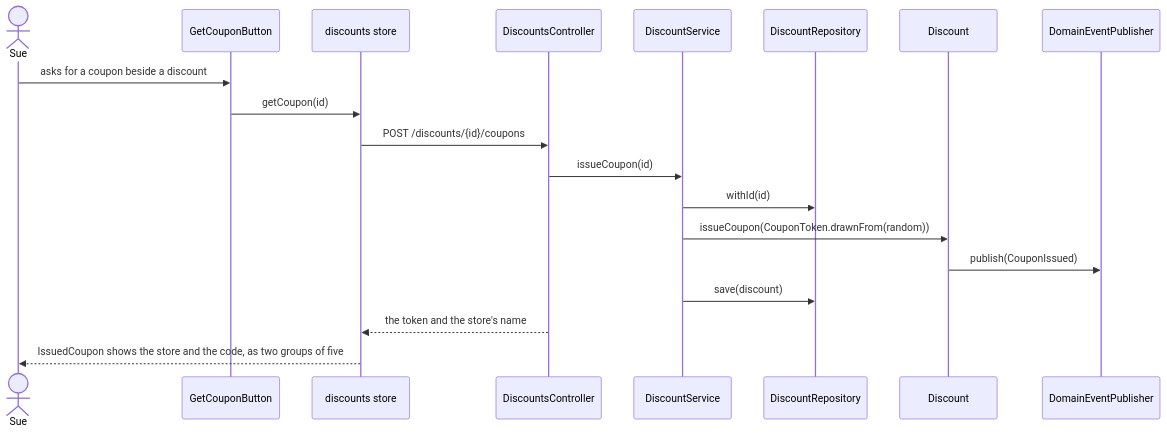
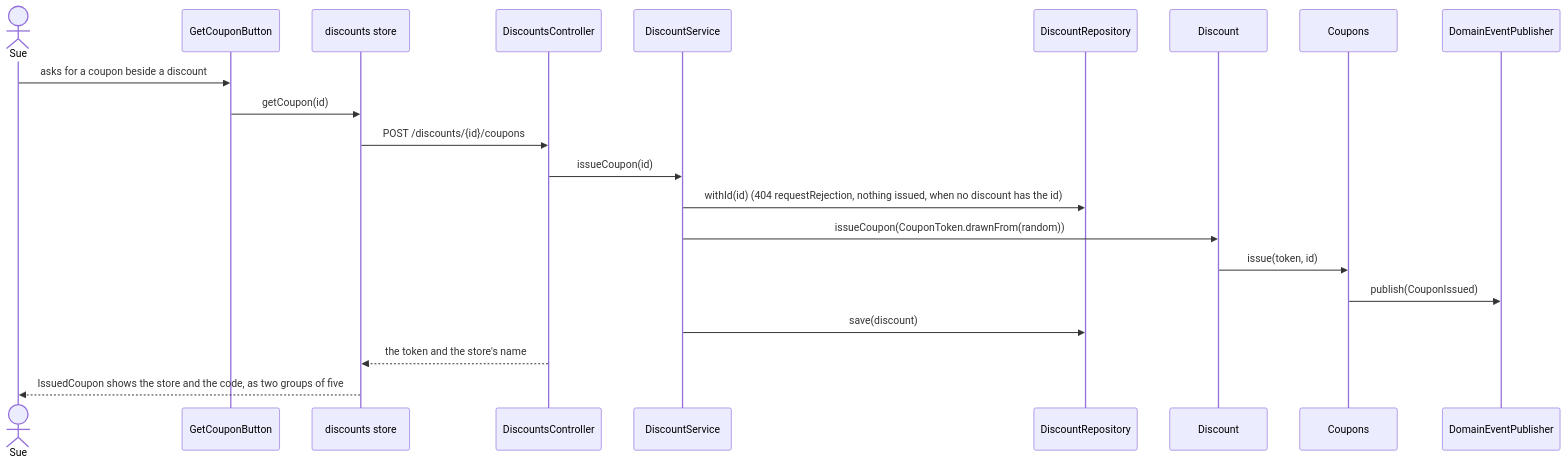
The fifth of 8 diagrams in docs/architecture.md (nstraub/discounts), drawn with Mermaid before and after one commit. The commit also changed other lines of this file, not shown here.

Commit message:
docs: update the architecture for pieces left out, the 404s and entity-raised events

````diff
--- a/docs/architecture.md
+++ b/docs/architecture.md
@@ -243,22 +276,24 @@
 ```mermaid
 sequenceDiagram
   actor Sue
   participant Button as GetCouponButton
   participant Store as discounts store
   participant Controller as DiscountsController
   participant Service as DiscountService
   participant Repository as DiscountRepository
   participant Discount
+  participant Coupons
   participant Events as DomainEventPublisher
 
   Sue->>Button: asks for a coupon beside a discount
   Button->>Store: getCoupon(id)
   Store->>Controller: POST /discounts/{id}/coupons
   Controller->>Service: issueCoupon(id)
-  Service->>Repository: withId(id)
+  Service->>Repository: withId(id) (404 requestRejection, nothing issued, when no discount has the id)
   Service->>Discount: issueCoupon(CouponToken.drawnFrom(random))
-  Discount->>Events: publish(CouponIssued)
+  Discount->>Coupons: issue(token, id)
+  Coupons->>Events: publish(CouponIssued)
   Service->>Repository: save(discount)
   Controller-->>Store: the token and the store's name
   Store-->>Sue: IssuedCoupon shows the store and the code, as two groups of five
 ```
````
